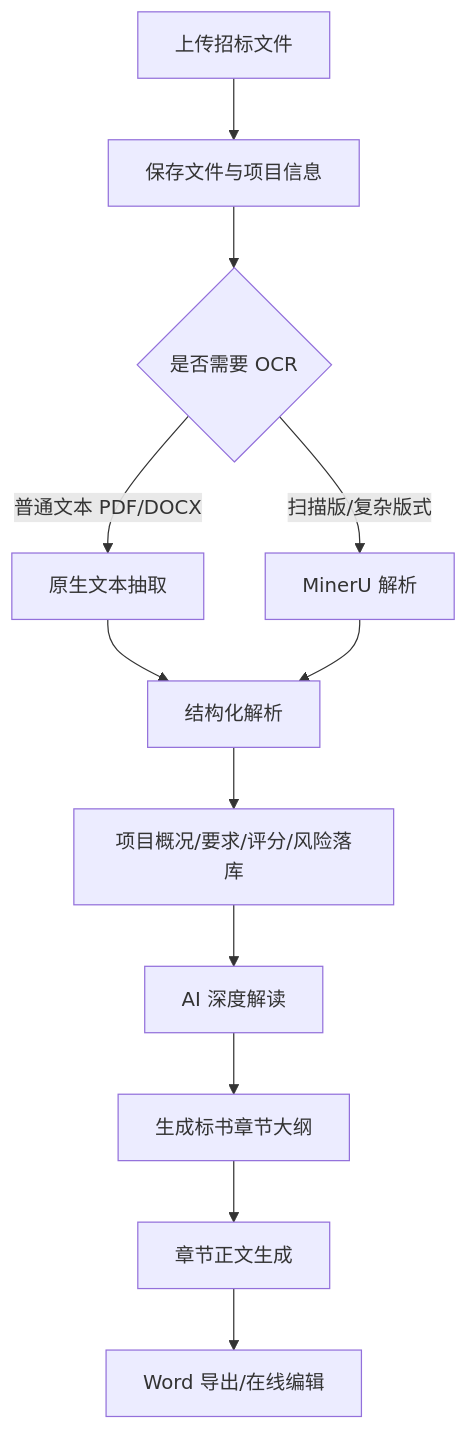
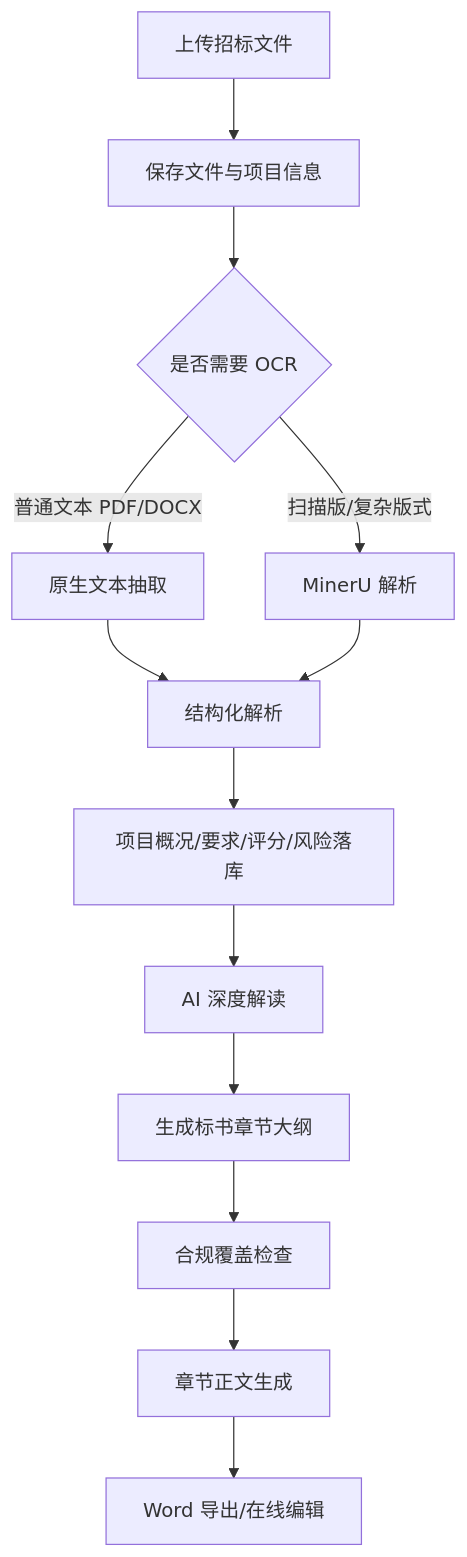
Before and after one commit to sunShineLoveMe/ai_bidding_hubei: the second of 4 diagrams in README.md, drawn with Mermaid. The commit also changed other lines of this file and 35 other files, not shown here.

````diff
--- a/README.md
+++ b/README.md
@@ -85,14 +87,15 @@
 ```mermaid
 flowchart TD
     A[上传招标文件] --> B[保存文件与项目信息]
     B --> C{是否需要 OCR}
     C -->|普通文本 PDF/DOCX| D[原生文本抽取]
     C -->|扫描版/复杂版式| E[MinerU 解析]
     D --> F[结构化解析]
     E --> F
     F --> G[项目概况/要求/评分/风险落库]
     G --> H[AI 深度解读]
     H --> I[生成标书章节大纲]
-    I --> J[章节正文生成]
-    J --> K[Word 导出/在线编辑]
+    I --> J[合规覆盖检查]
+    J --> K[章节正文生成]
+    K --> L[Word 导出/在线编辑]
 ```
````
